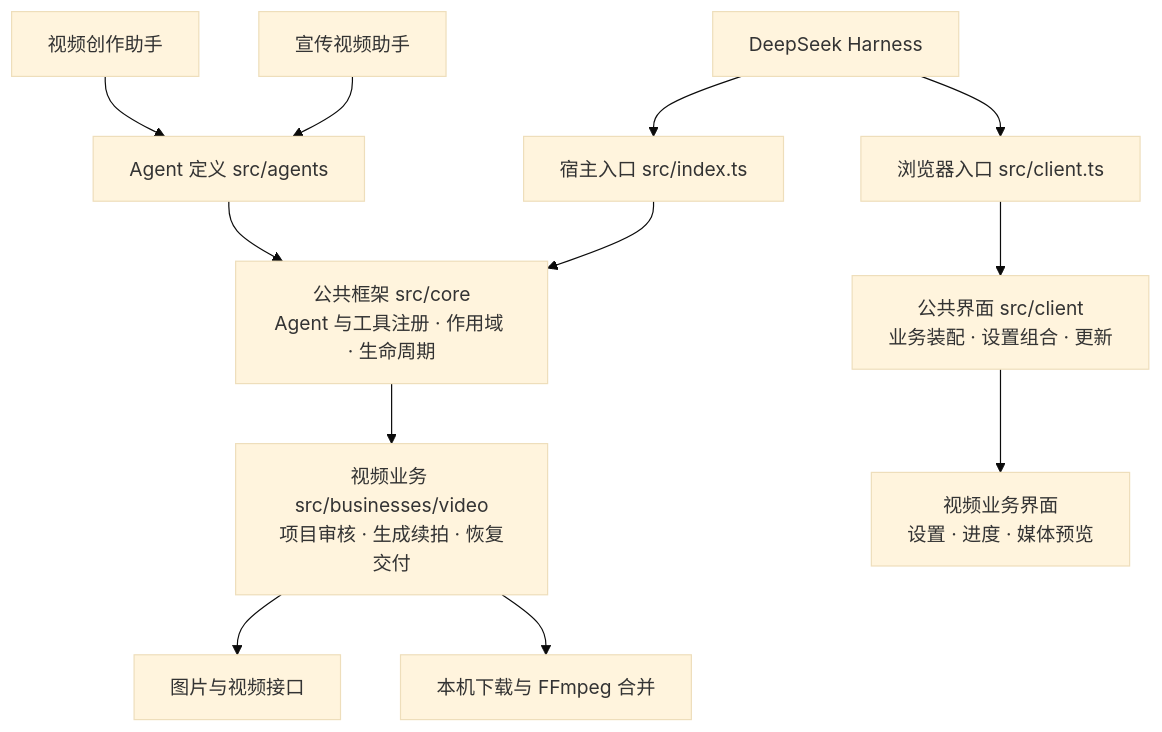
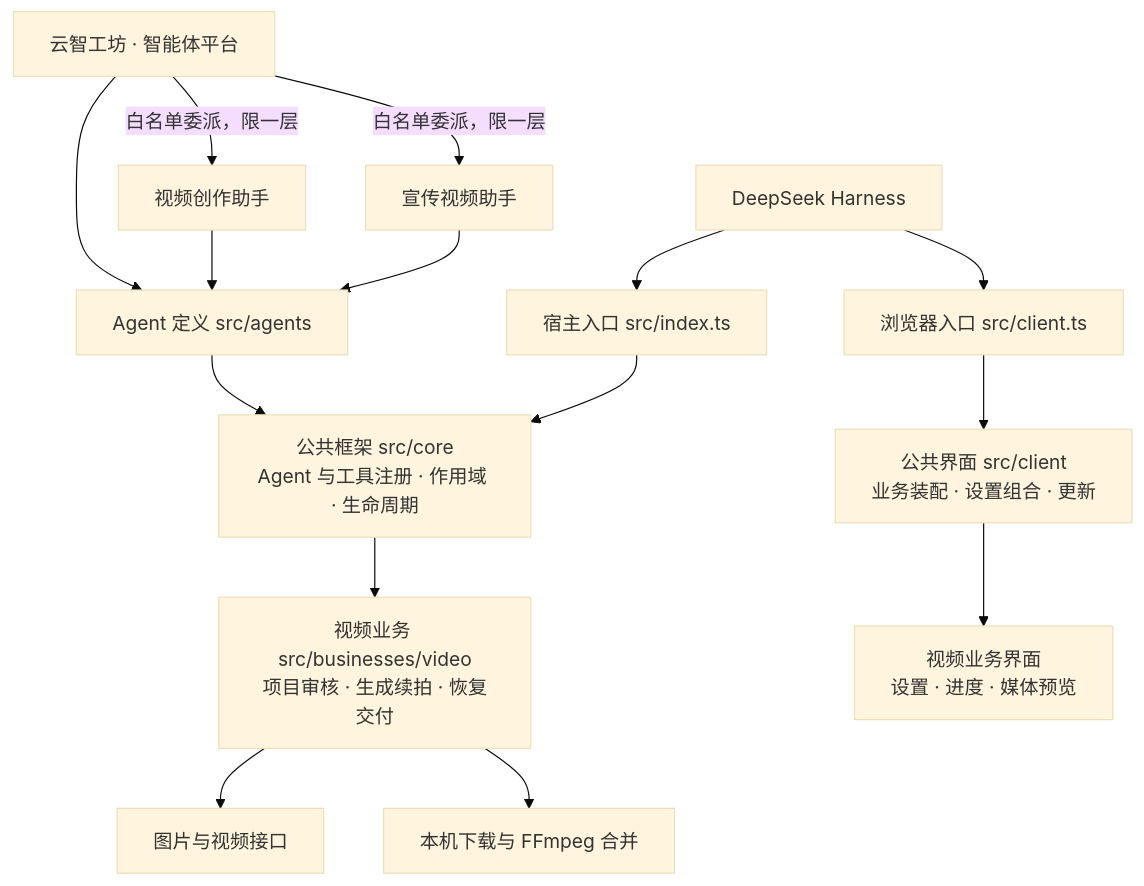
The diagram in README.md (wxsimon2022/metaontic-agent-forge), drawn with Mermaid (base theme) before and after one commit. The commit also changed other lines of this file and 18 other files, not shown here.

````diff
--- a/README.md
+++ b/README.md
@@ -53,15 +53,18 @@
 ```mermaid
 flowchart TB
     Harness[DeepSeek Harness]
     Harness --> Host["宿主入口 src/index.ts"]
     Harness --> Client["浏览器入口 src/client.ts"]
-    Director["视频创作助手"] --> Agents["Agent 定义 src/agents"]
+    Studio["云智工坊 · 智能体平台"] -->|白名单委派，限一层| Director["视频创作助手"]
+    Studio -->|白名单委派，限一层| Promo["宣传视频助手"]
+    Studio --> Agents["Agent 定义 src/agents"]
+    Director --> Agents["Agent 定义 src/agents"]
     Promo["宣传视频助手"] --> Agents
     Agents --> Core["公共框架 src/core<br/>Agent 与工具注册 · 作用域 · 生命周期"]
     Host --> Core
     Core --> Video["视频业务 src/businesses/video<br/>项目审核 · 生成续拍 · 恢复交付"]
     Video --> Providers["图片与视频接口"]
     Video --> Media["本机下载与 FFmpeg 合并"]
     Client --> UI["公共界面 src/client<br/>业务装配 · 设置组合 · 更新"]
     UI --> VideoUI["视频业务界面<br/>设置 · 进度 · 媒体预览"]
 ```
````
